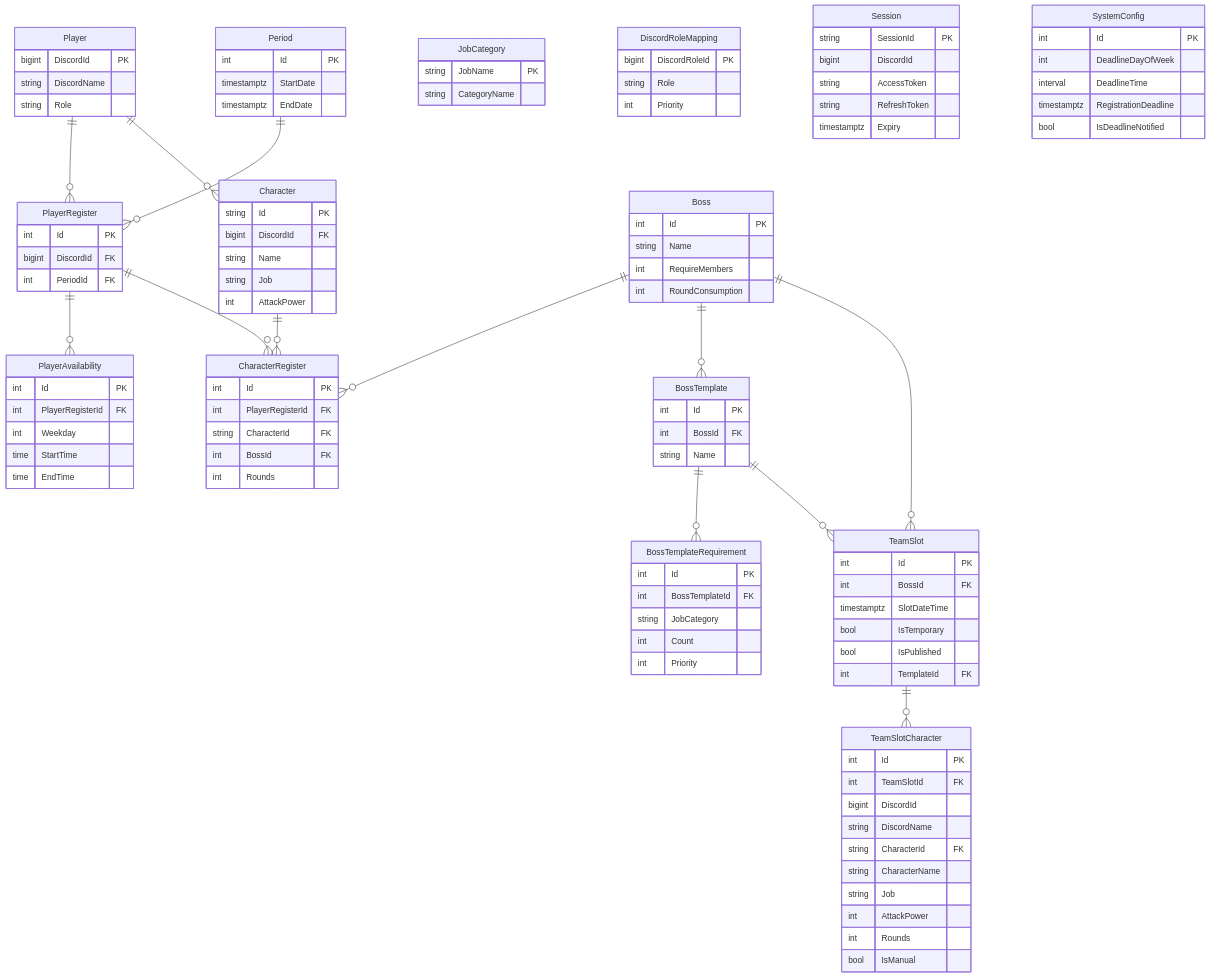
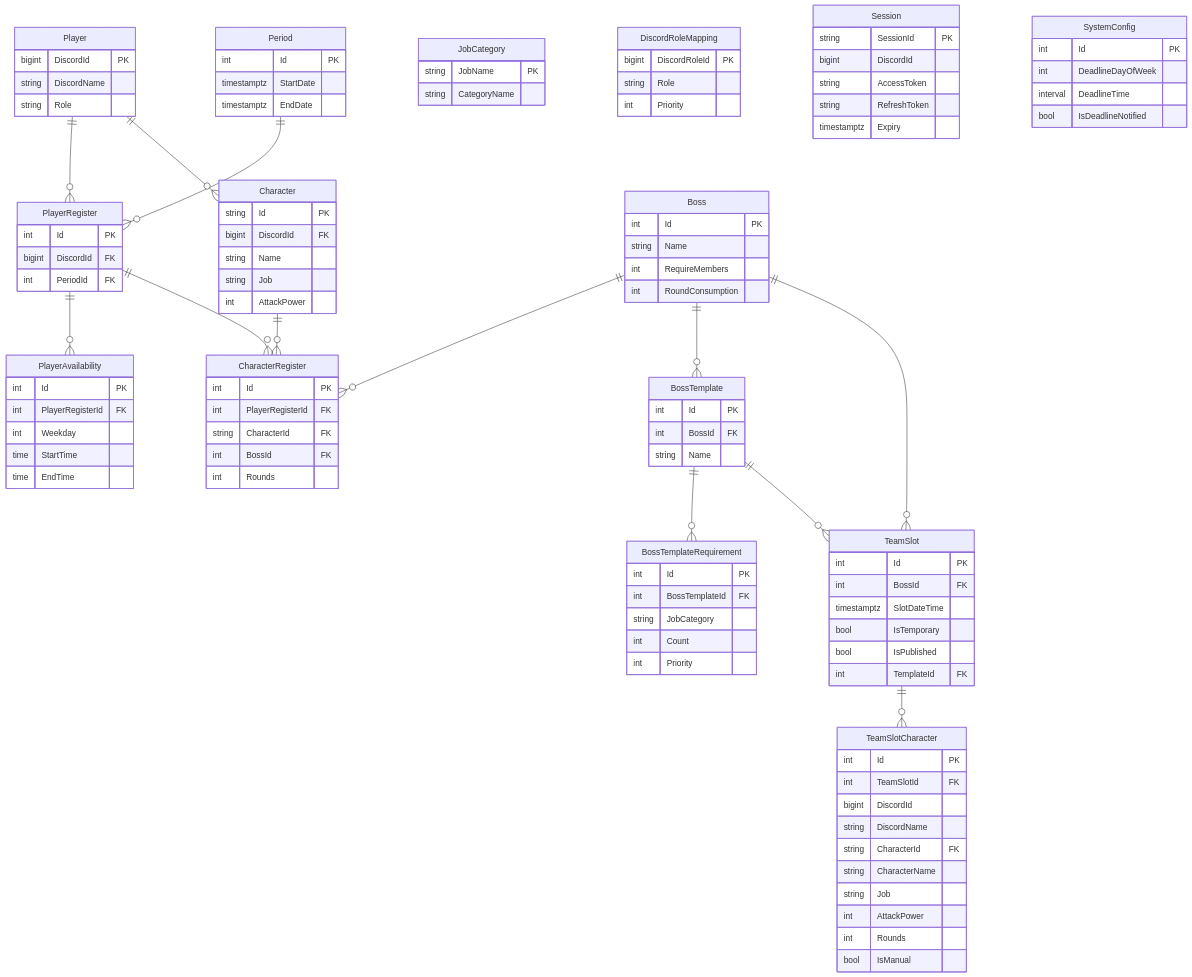
Before and after one commit to MinMiss5678/MapleStoryRaidScheduler: the fourth of 5 diagrams in docs/architecture.md, drawn with Mermaid. The commit also changed 4 other files, not shown here.

First line of the commit message:
chore(db): 移除 SystemConfig.RegistrationDeadline 欄位

```diff
--- a/docs/architecture.md
+++ b/docs/architecture.md
@@ -412,7 +412,6 @@
         int Id PK
         int DeadlineDayOfWeek
         interval DeadlineTime
-        timestamptz RegistrationDeadline
         bool IsDeadlineNotified
     }
 
```
